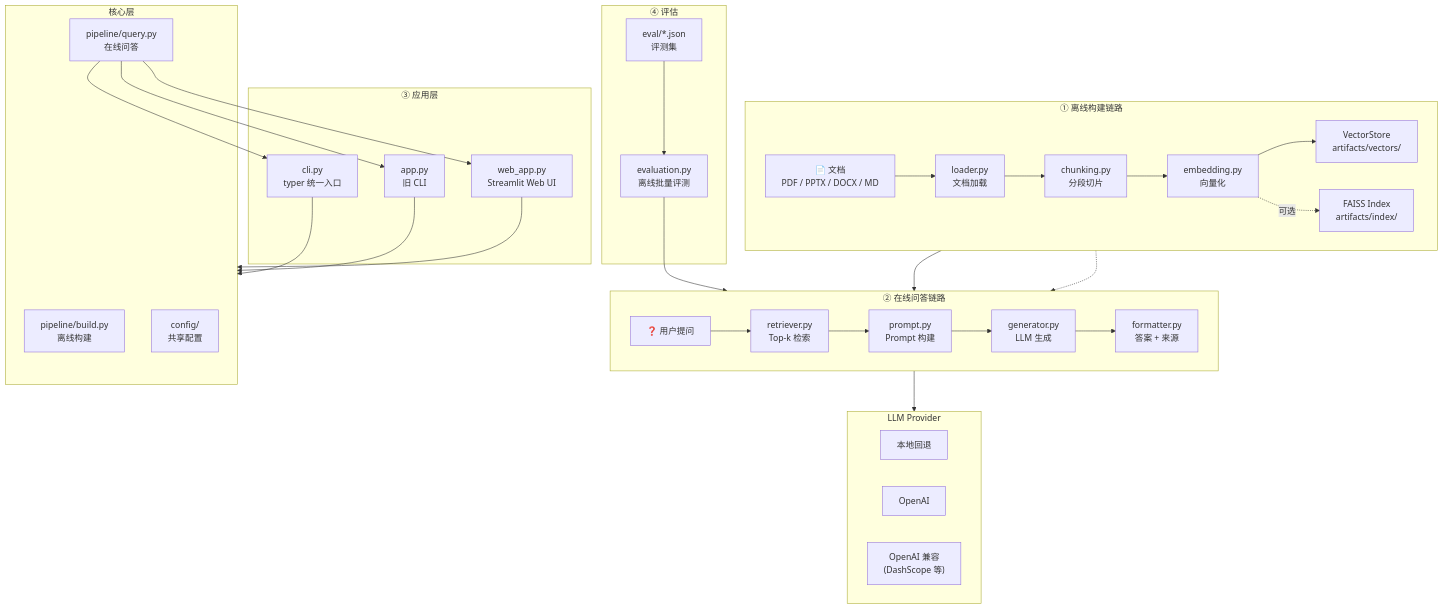
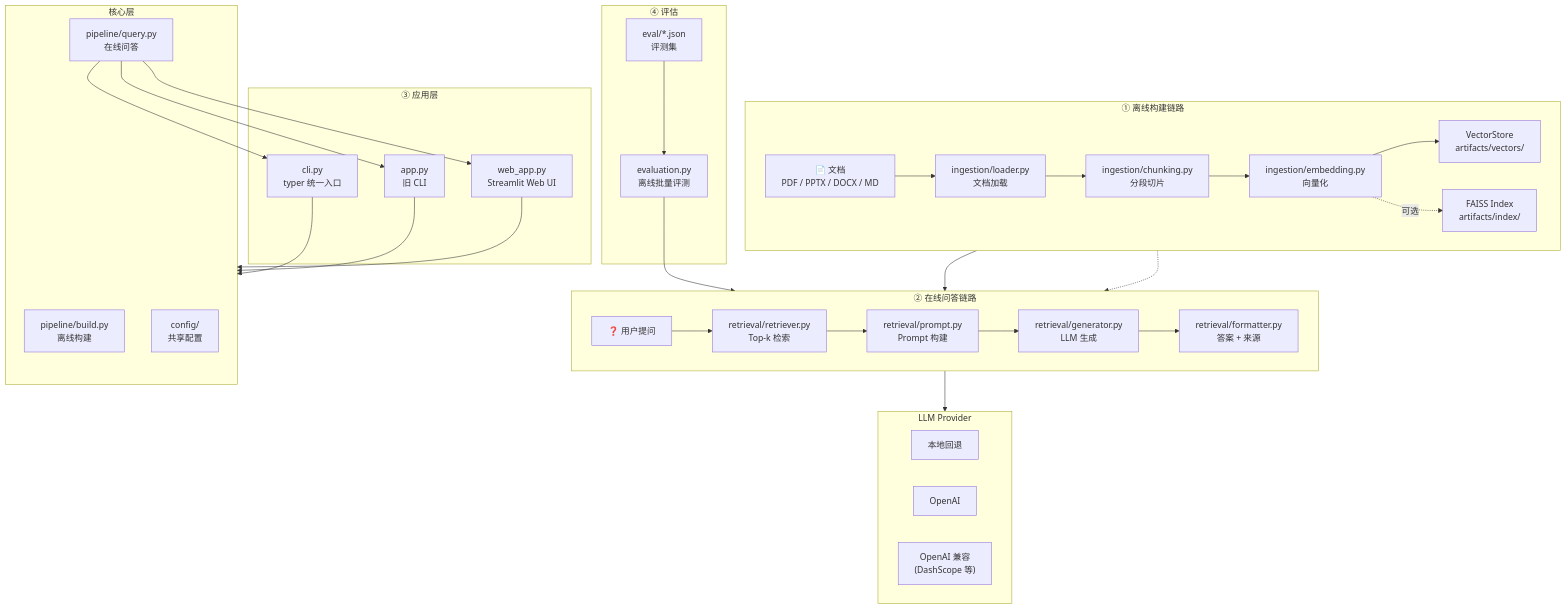
Before and after one commit to FloatGuA/RAG-Demo: the diagram in README.md, drawn with Mermaid. The commit also changed other lines of this file and 48 other files, not shown here.

First line of the commit message:
feat: Phase 7 ingestion/retrieval 重构 + Phase 8 Embedding 升级与性能优化

````diff
--- a/README.md
+++ b/README.md
@@ -48,62 +48,62 @@
 ```mermaid
 flowchart TB
     subgraph offline ["① 离线构建链路"]
         direction LR
         docs["📄 文档\nPDF / PPTX / DOCX / MD"]
-        loader["loader.py\n文档加载"]
-        chunking["chunking.py\n分段切片"]
-        emb["embedding.py\n向量化"]
+        loader["ingestion/loader.py\n文档加载"]
+        chunking["ingestion/chunking.py\n分段切片"]
+        emb["ingestion/embedding.py\n向量化"]
         vecstore["VectorStore\nartifacts/vectors/"]
         faiss["FAISS Index\nartifacts/index/"]
 
         docs --> loader --> chunking --> emb --> vecstore
         emb -.->|可选| faiss
     end
 
     subgraph online ["② 在线问答链路"]
         direction LR
         query["❓ 用户提问"]
-        retriever["retriever.py\nTop-k 检索"]
-        prompt["prompt.py\nPrompt 构建"]
-        generator["generator.py\nLLM 生成"]
-        formatter["formatter.py\n答案 + 来源"]
+        retriever["retrieval/retriever.py\nTop-k 检索"]
+        prompt["retrieval/prompt.py\nPrompt 构建"]
+        generator["retrieval/generator.py\nLLM 生成"]
+        formatter["retrieval/formatter.py\n答案 + 来源"]
 
         query --> retriever --> prompt --> generator --> formatter
     end
 
     subgraph app ["③ 应用层"]
         cliEntry["cli.py\ntyper 统一入口"]
         legacyCli["app.py\n旧 CLI"]
         web["web_app.py\nStreamlit Web UI"]
     end
 
     subgraph corePkg ["核心层"]
         pipelineBuild["pipeline/build.py\n离线构建"]
         pipelineQuery["pipeline/query.py\n在线问答"]
         configPkg["config/\n共享配置"]
     end
 
     subgraph llm ["LLM Provider"]
         direction LR
         local["本地回退"]
         openai["OpenAI"]
         compat["OpenAI 兼容\n(DashScope 等)"]
     end
 
     subgraph evalblock ["④ 评估"]
         evaluation["evaluation.py\n离线批量评测"]
         evalset["eval/*.json\n评测集"]
         evalset --> evaluation
     end
 
     vecstore --> retriever
     faiss -.-> retriever
     pipelineQuery --> cliEntry
     pipelineQuery --> legacyCli
     pipelineQuery --> web
     generator --> llm
     evaluation --> online
     cliEntry --> corePkg
     legacyCli --> corePkg
     web --> corePkg
 ```
````
